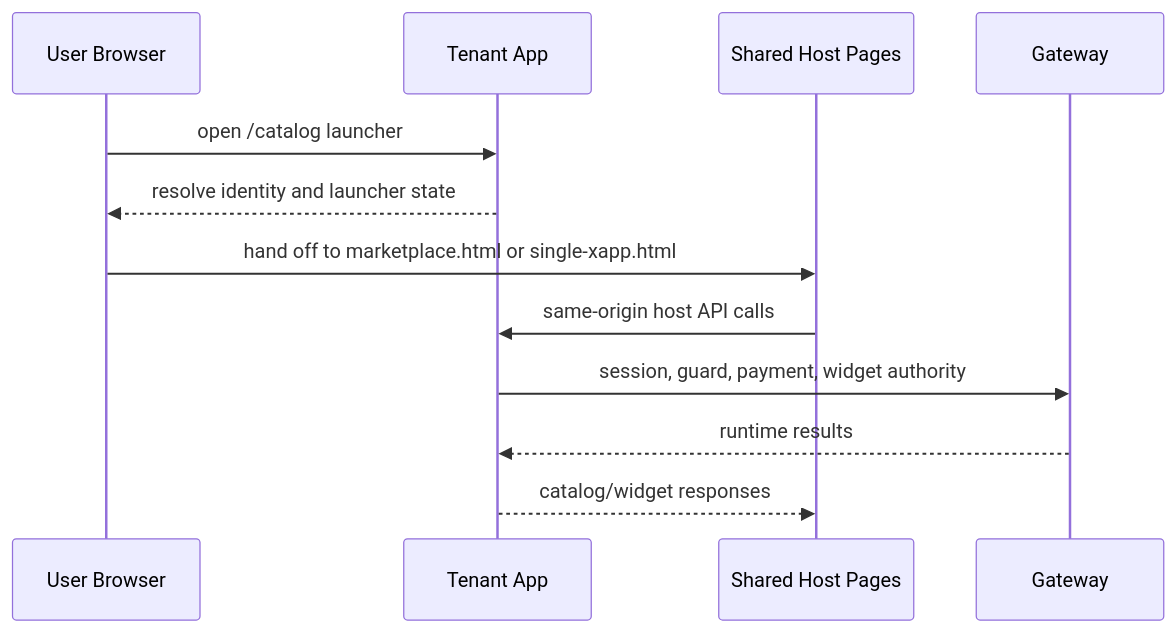
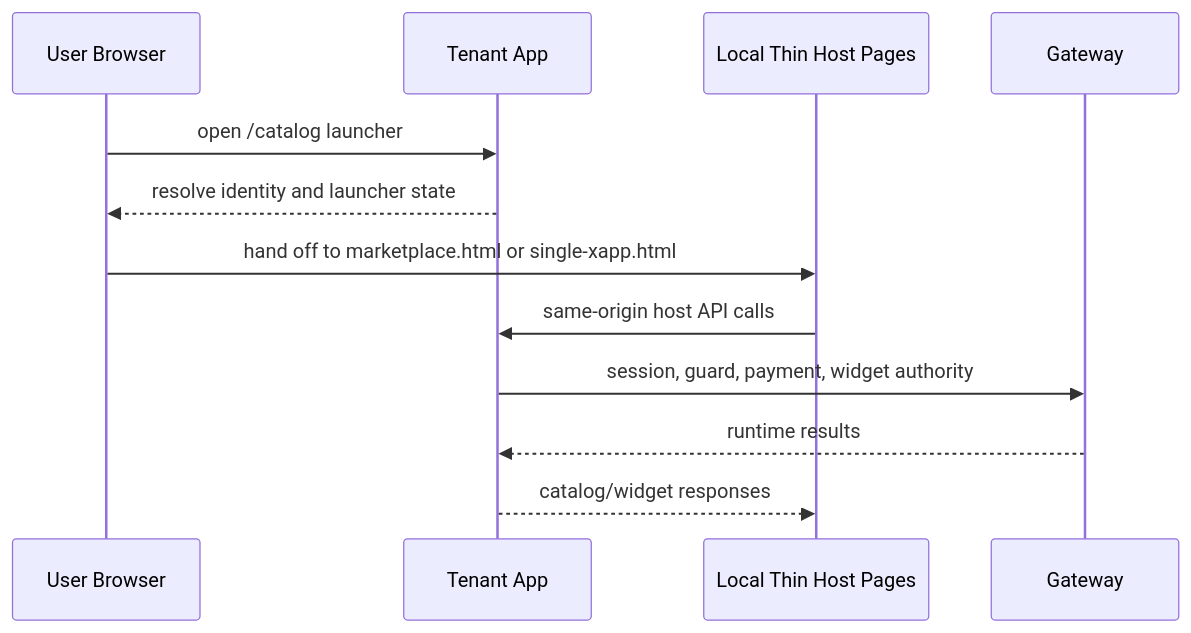
One commit to 0x730/xapps-examples changed the third of 3 diagrams in apps/tenants/docs/host/README.md. Above: the diagram before and after it, drawn with Mermaid. The commit also changed other lines of this file and 83 other files, not shown here.

````diff
--- a/apps/tenants/docs/host/README.md
+++ b/apps/tenants/docs/host/README.md
@@ -175,15 +183,15 @@
 ```mermaid
 sequenceDiagram
   participant U as User Browser
   participant A as Tenant App
-  participant H as Shared Host Pages
+  participant H as Local Thin Host Pages
   participant G as Gateway
 
   U->>A: open /catalog launcher
   A-->>U: resolve identity and launcher state
   U->>H: hand off to marketplace.html or single-xapp.html
   H->>A: same-origin host API calls
   A->>G: session, guard, payment, widget authority
   G-->>A: runtime results
   A-->>H: catalog/widget responses
 ```
````
